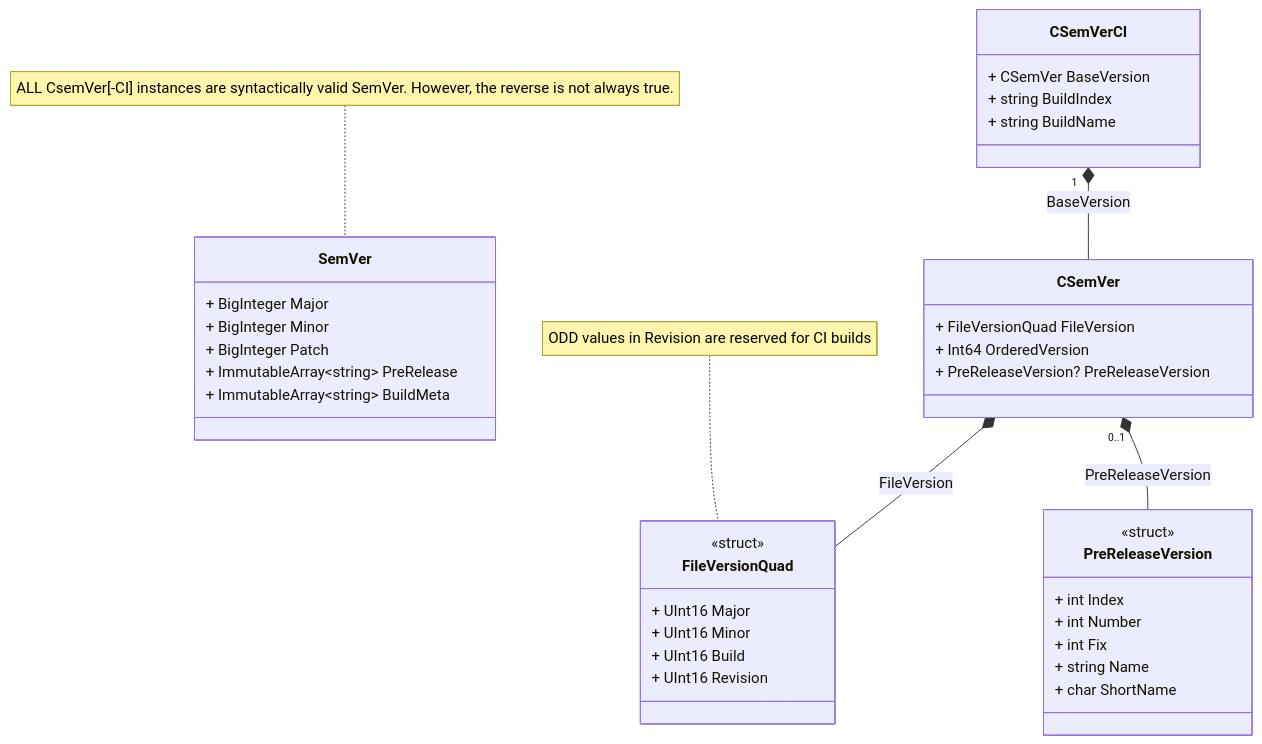
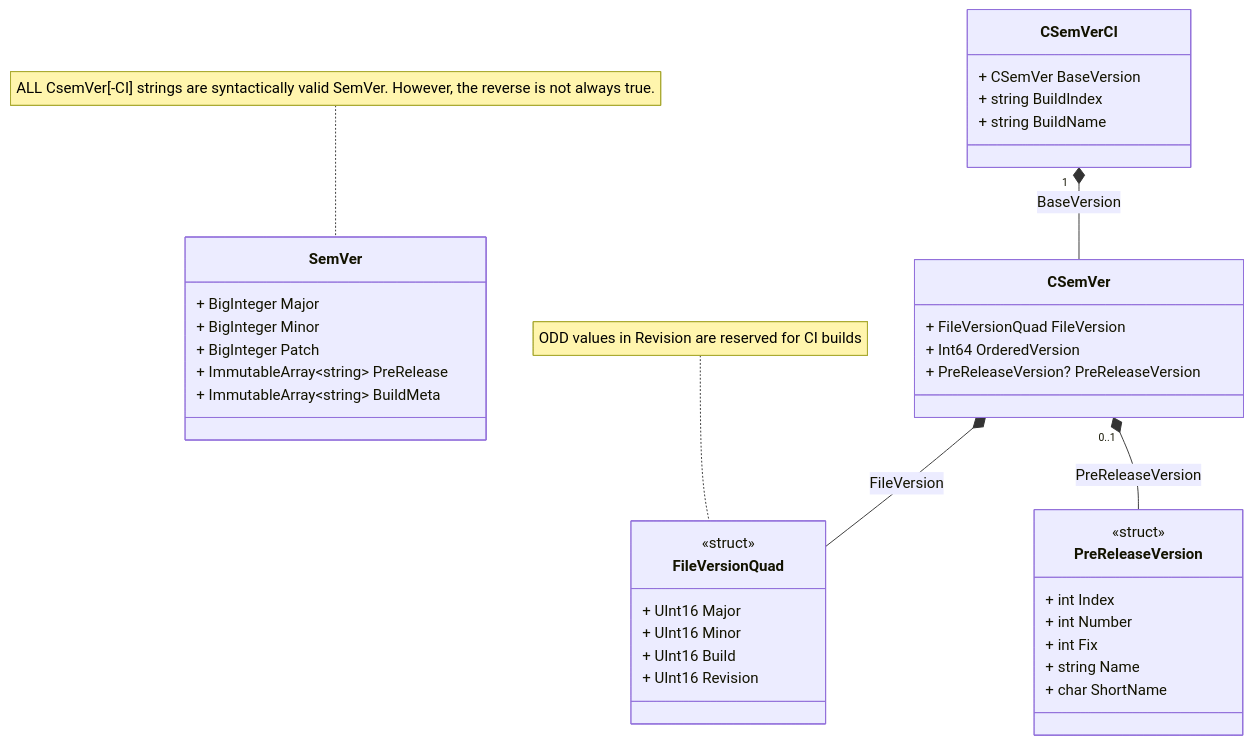
One commit to UbiquityDotNET/Ubiquity.NET.Versioning changed the diagram in docfx/versioning-lib/namespaces/Ubiquit.NET.Versioning.md. Above: the diagram before and after it, drawn with Mermaid.

Commit message:
Minor update to doc diagram

````diff
--- a/docfx/versioning-lib/namespaces/Ubiquit.NET.Versioning.md
+++ b/docfx/versioning-lib/namespaces/Ubiquit.NET.Versioning.md
@@ -12,45 +12,45 @@
 ``` mermaid
 classDiagram
-    note for SemVer "ALL CsemVer[-CI] instances are syntactically valid SemVer. However, the reverse is not always true."
+    note for SemVer "ALL CsemVer[-CI] strings are syntactically valid SemVer. However, the reverse is not always true."
     class SemVer {
         + BigInteger Major
         + BigInteger Minor
         + BigInteger Patch
         + ImmutableArray~string~ PreRelease
         + ImmutableArray~string~ BuildMeta
     }
 
     class CSemVer {
         + FileVersionQuad FileVersion
         + Int64 OrderedVersion
         + PreReleaseVersion? PreReleaseVersion
     }
 
     class CSemVerCI {
         + CSemVer BaseVersion
         + string BuildIndex
         + string BuildName
     }
 
     class PreReleaseVersion {
         + int Index
         + int Number
         + int Fix
         + string Name
         + char ShortName
     }
 
     note for FileVersionQuad "ODD values in Revision are reserved for CI builds"
     class FileVersionQuad {
         + UInt16 Major
         + UInt16 Minor
         + UInt16 Build
         + UInt16 Revision
     }
 
     <<struct>> FileVersionQuad
     <<struct>> PreReleaseVersion
     CSemVer *-- FileVersionQuad:FileVersion
     CSemVer "0..1" *-- PreReleaseVersion:PreReleaseVersion
     CSemVerCI "1" *-- CSemVer:BaseVersion
 ```
````
